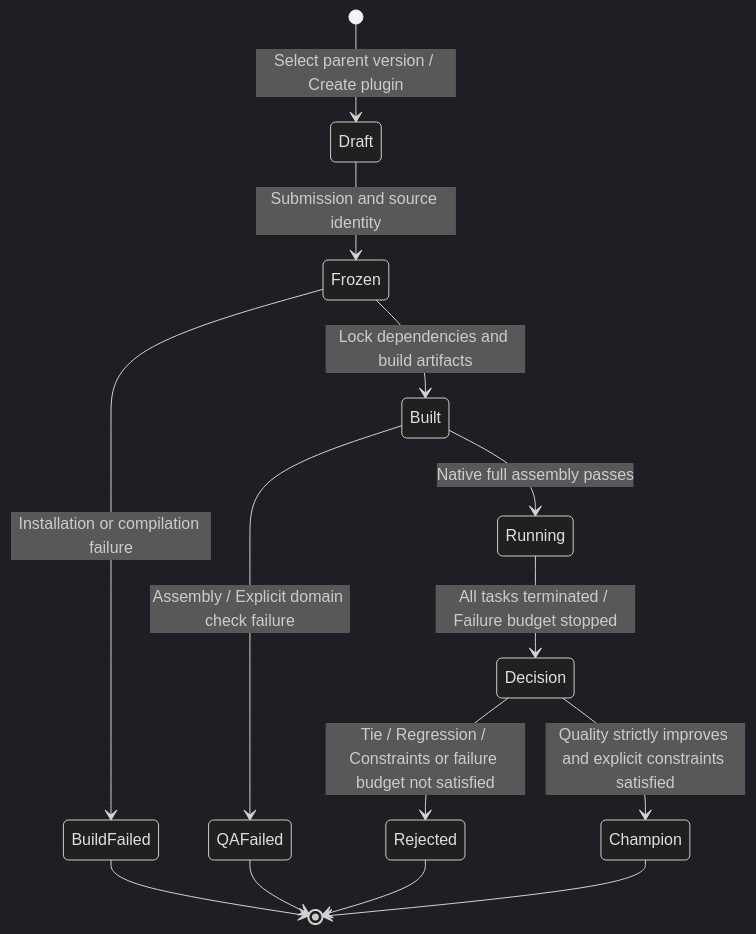
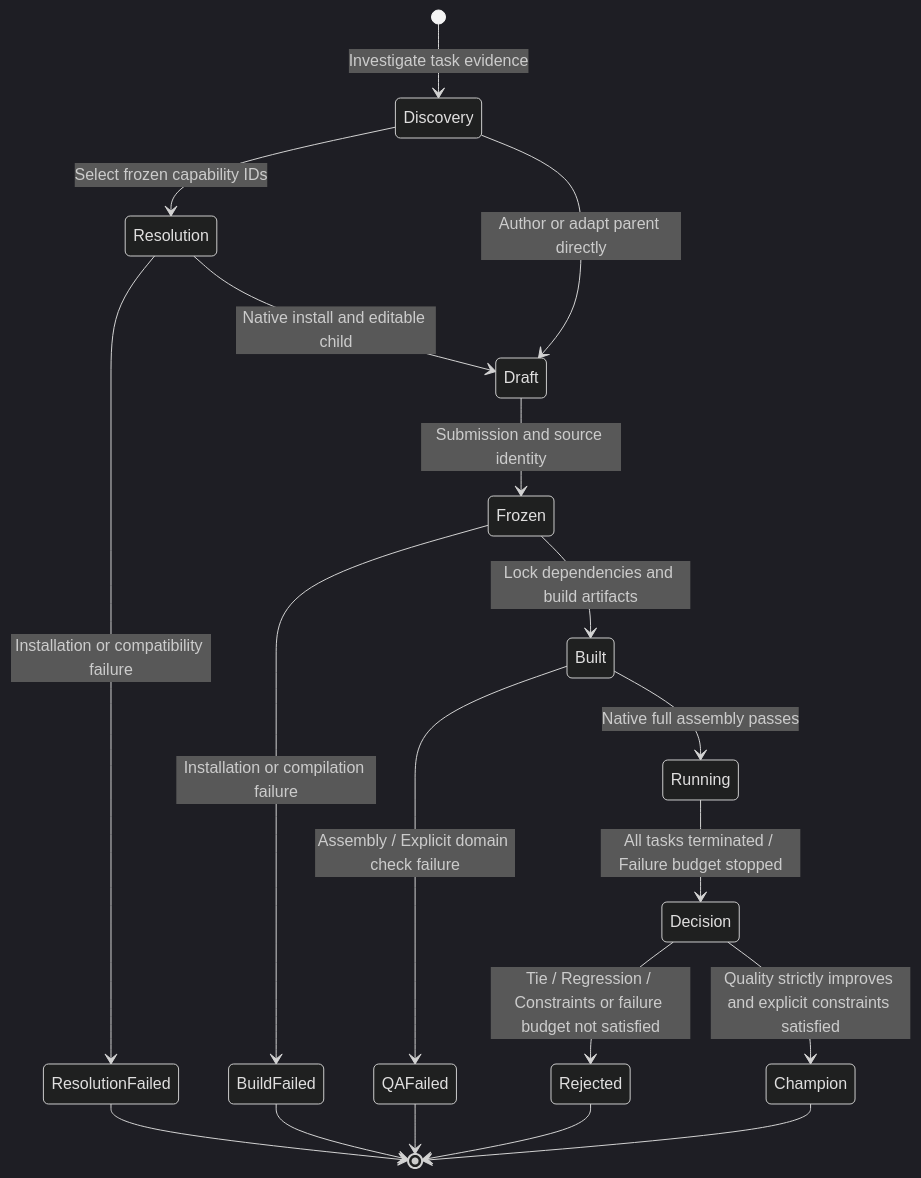
Before and after one commit to OLDyade/SparkVolve: the third of 4 diagrams in docs/components.md, drawn with Mermaid (dark theme). The commit also changed other lines of this file and 67 other files, not shown here.

First line of the commit message:
Add native capability discovery, resolution and composition

````diff
--- a/docs/components.md
+++ b/docs/components.md
@@ -71,16 +79,21 @@
 ```mermaid
 stateDiagram-v2
-  [*] --> Draft: Select parent version / Create plugin
+  [*] --> Discovery: Investigate task evidence
+  Discovery --> Resolution: Select frozen capability IDs
+  Resolution --> Draft: Native install and editable child
+  Resolution --> ResolutionFailed: Installation or compatibility failure
+  ResolutionFailed --> [*]
+  Discovery --> Draft: Author or adapt parent directly
   Draft --> Frozen: Submission and source identity
   Frozen --> BuildFailed: Installation or compilation failure
   Frozen --> Built: Lock dependencies and build artifacts
   Built --> QAFailed: Assembly / Explicit domain check failure
   Built --> Running: Native full assembly passes
   Running --> Decision: All tasks terminated / Failure budget stopped
   Decision --> Champion: Quality strictly improves and explicit constraints satisfied
   Decision --> Rejected: Tie / Regression / Constraints or failure budget not satisfied
   BuildFailed --> [*]
   QAFailed --> [*]
   Rejected --> [*]
   Champion --> [*]
 ```
````
